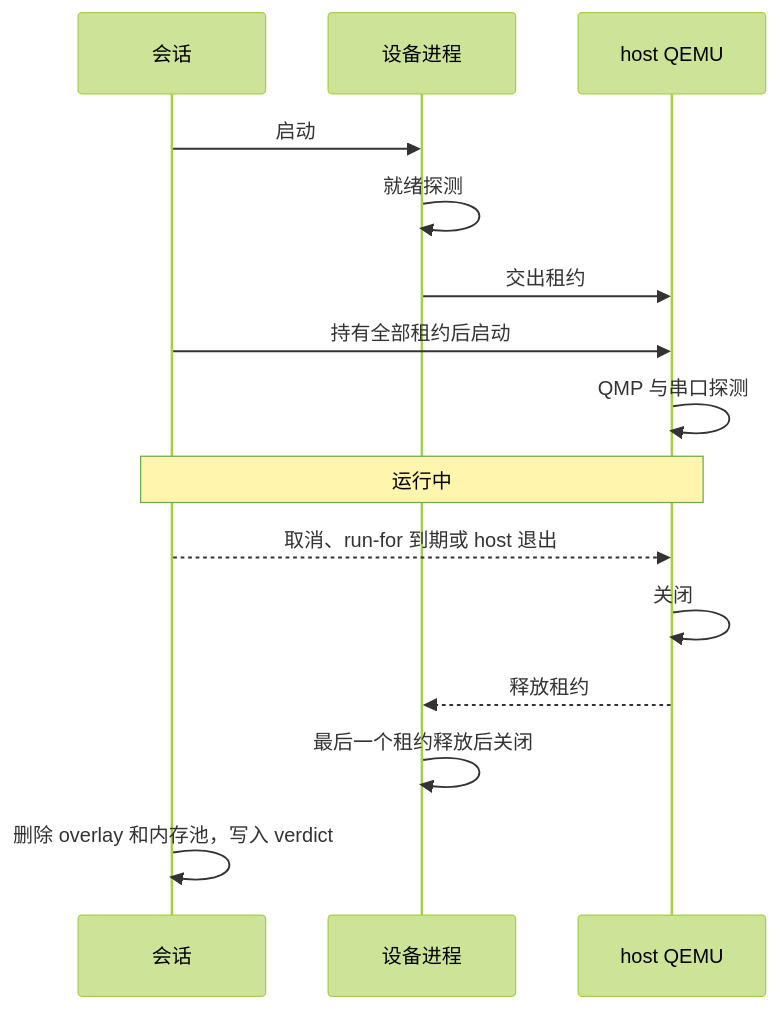
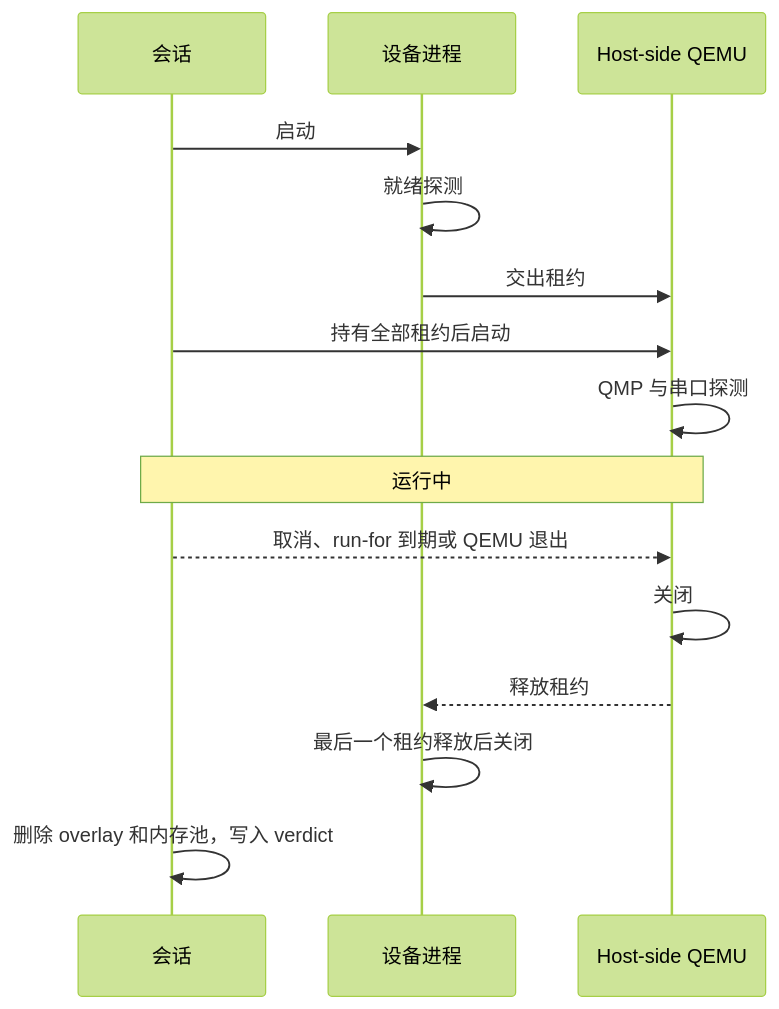
One commit to chengchen512/cosim-gpu changed the third of 3 diagrams in docs/zh/topology.md. Above: the diagram before and after it, drawn with Mermaid (forest theme). The commit also changed other lines of this file and 45 other files, not shown here.

````diff
--- a/docs/zh/topology.md
+++ b/docs/zh/topology.md
@@ -190,17 +191,17 @@
 ```mermaid
 sequenceDiagram
     participant S as 会话
     participant D as 设备进程
-    participant H as host QEMU
+    participant H as Host-side QEMU
     S->>D: 启动
     D->>D: 就绪探测
     D->>H: 交出租约
     S->>H: 持有全部租约后启动
     H->>H: QMP 与串口探测
     Note over S,H: 运行中
-    S-->>H: 取消、run-for 到期或 host 退出
+    S-->>H: 取消、run-for 到期或 QEMU 退出
     H->>H: 关闭
     H-->>D: 释放租约
     D->>D: 最后一个租约释放后关闭
     S->>S: 删除 overlay 和内存池，写入 verdict
 ```
````
